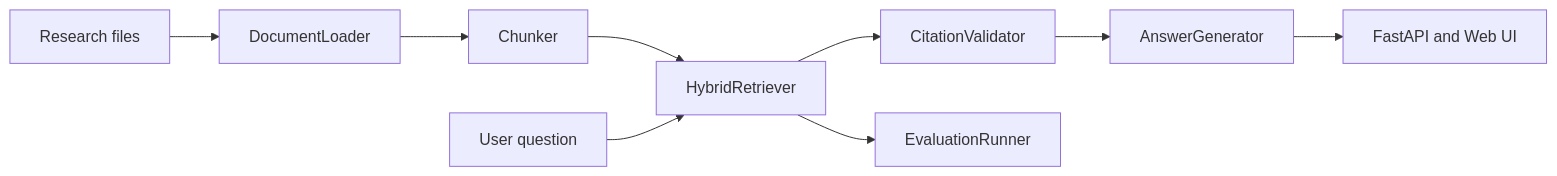
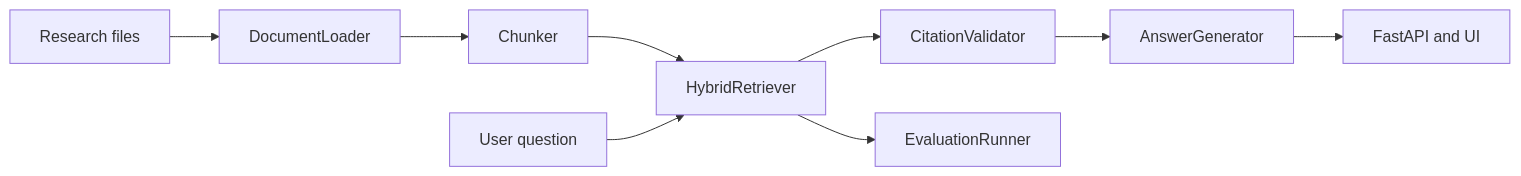
The diagram in README.md (TejvirG/ScholarTrace), drawn with Mermaid before and after one commit. The commit also changed other lines of this file, not shown here.

````diff
--- a/README.md
+++ b/README.md
@@ -43,11 +40,11 @@
 ```mermaid
 flowchart LR
     A[Research files] --> B[DocumentLoader]
     B --> C[Chunker]
     C --> D[HybridRetriever]
     Q[User question] --> D
     D --> E[CitationValidator]
     E --> F[AnswerGenerator]
-    F --> G[FastAPI and Web UI]
+    F --> G[FastAPI and UI]
     D --> H[EvaluationRunner]
 ```
````
